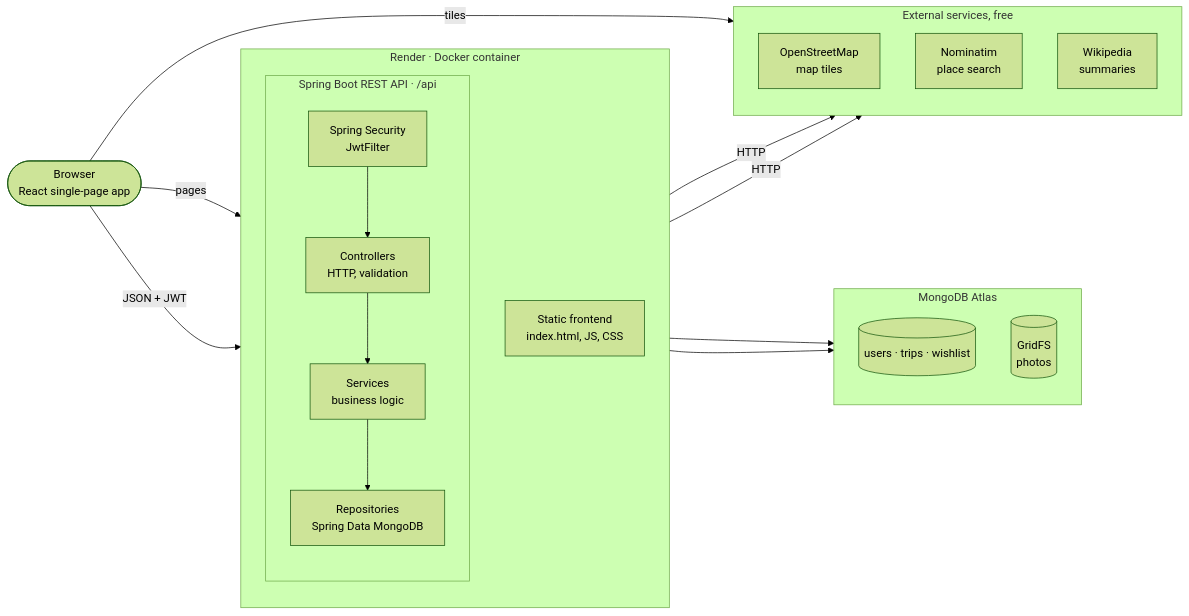
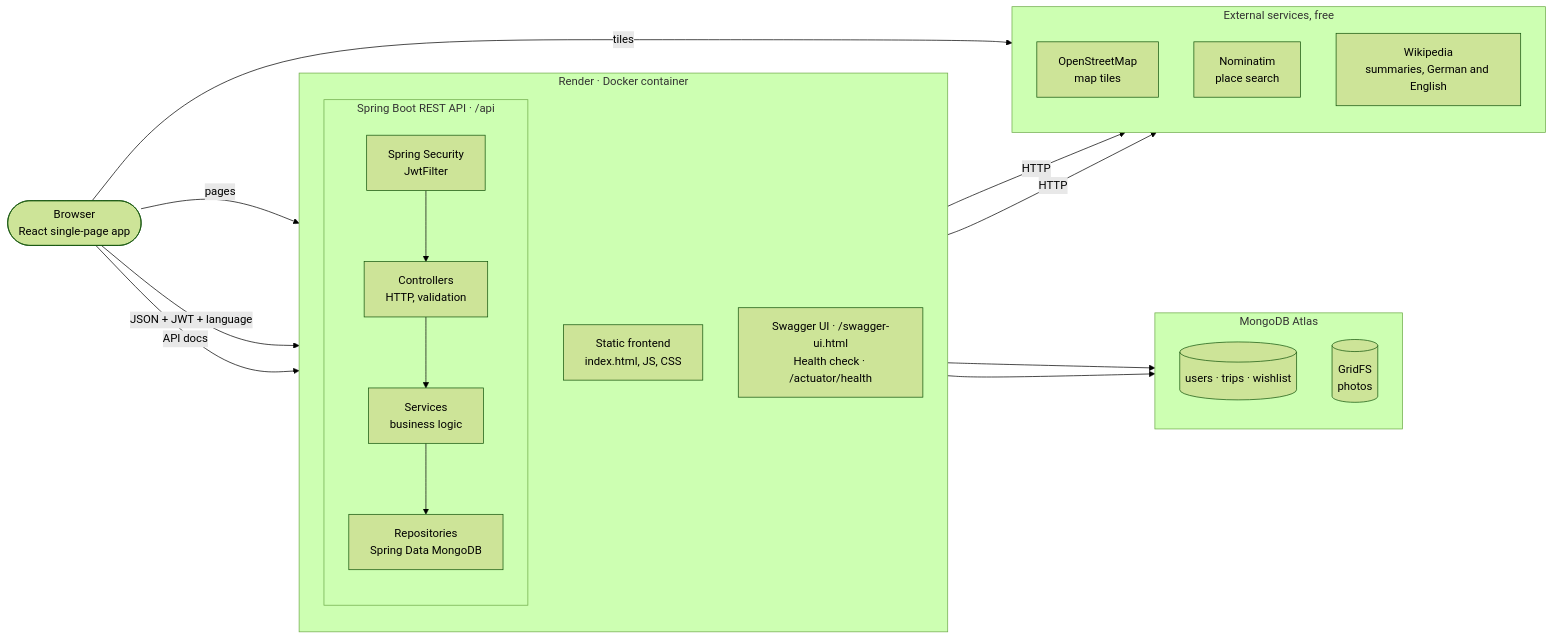
One commit to codeByFrank/TravelBlog changed the first of 5 diagrams in README.md. Above: the diagram before and after it, drawn with Mermaid (forest theme). The commit also changed other lines of this file and 3 other files, not shown here.

Commit message:
Describe languages, API docs, health check and dark mode in the README architecture

````diff
--- a/README.md
+++ b/README.md
@@ -123,38 +124,40 @@
 ```mermaid
 flowchart LR
     user(["Browser<br/>React single-page app"])
 
     subgraph render["Render · Docker container"]
         direction TB
         static["Static frontend<br/>index.html, JS, CSS"]
+        docs["Swagger UI · /swagger-ui.html<br/>Health check · /actuator/health"]
         subgraph api["Spring Boot REST API · /api"]
             direction TB
             security["Spring Security<br/>JwtFilter"]
             controllers["Controllers<br/>HTTP, validation"]
             services["Services<br/>business logic"]
             repos["Repositories<br/>Spring Data MongoDB"]
             security --> controllers --> services --> repos
         end
     end
 
     subgraph atlas["MongoDB Atlas"]
         direction TB
         collections[("users · trips · wishlist")]
         gridfs[("GridFS<br/>photos")]
     end
 
     subgraph external["External services, free"]
         direction TB
         osm["OpenStreetMap<br/>map tiles"]
         nominatim["Nominatim<br/>place search"]
-        wikipedia["Wikipedia<br/>summaries"]
+        wikipedia["Wikipedia<br/>summaries, German and English"]
     end
 
     user -- "pages" --> static
-    user -- "JSON + JWT" --> security
+    user -- "JSON + JWT + language" --> security
+    user -- "API docs" --> docs
     user -- "tiles" --> osm
     repos --> collections
     repos --> gridfs
     services -- "HTTP" --> nominatim
     services -- "HTTP" --> wikipedia
 ```
````
